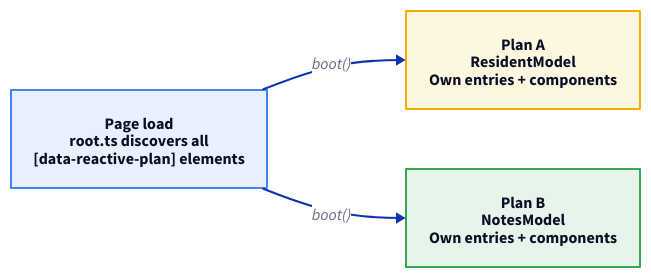
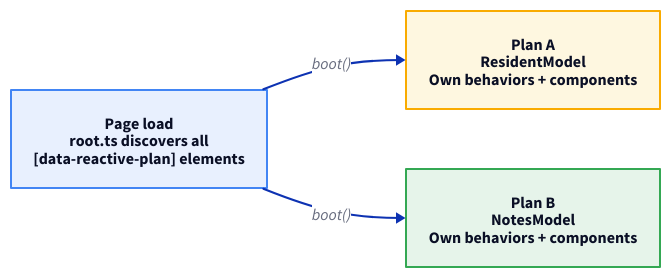
The first of 3 diagrams in docs-site/src/content/docs/architecture/plan-composition.mdx (marafiq/alis-reactive), drawn with D2 before and after one commit. The commit also changed other lines of this file and 17 other files, not shown here.

````diff
--- a/docs-site/src/content/docs/architecture/plan-composition.mdx
+++ b/docs-site/src/content/docs/architecture/plan-composition.mdx
@@ -14,25 +14,25 @@
 ```d2
 direction: right
 
 page: "Page load\nroot.ts discovers all\n[data-reactive-plan] elements" {
   shape: rectangle
   style.fill: "#e8f0fe"
   style.stroke: "#4285f4"
   style.font-size: 16
 }
-plan1: "Plan A\nResidentModel\nOwn entries + components" {
+plan1: "Plan A\nResidentModel\nOwn behaviors + components" {
   shape: rectangle
   style.fill: "#fef7e0"
   style.stroke: "#f9ab00"
   style.font-size: 16
 }
-plan2: "Plan B\nNotesModel\nOwn entries + components" {
+plan2: "Plan B\nNotesModel\nOwn behaviors + components" {
   shape: rectangle
   style.fill: "#e6f4ea"
   style.stroke: "#34a853"
   style.font-size: 16
 }
 
 page -> plan1: boot()
 page -> plan2: boot()
 ```
````
